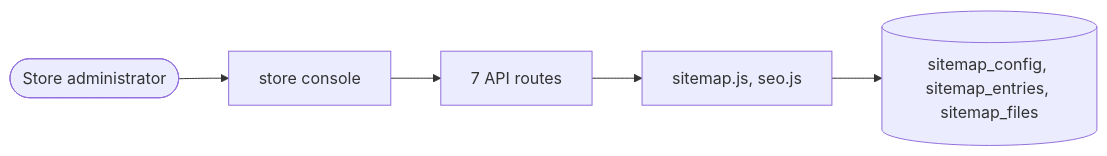
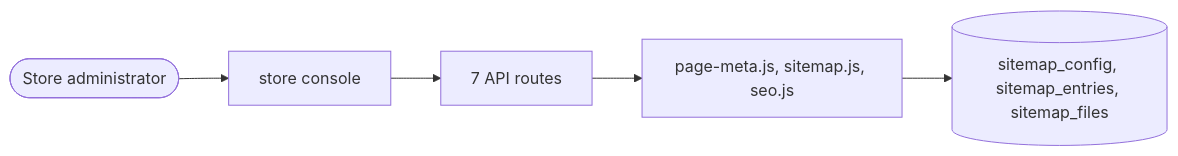
Before and after one commit to echelonxventures-Projects/universal-product: the diagram in docs/domains/seo.md, drawn with Mermaid. The commit also changed other lines of this file and 29 other files, not shown here.

````diff
--- a/docs/domains/seo.md
+++ b/docs/domains/seo.md
@@ -81,8 +82,8 @@
 ```mermaid
 flowchart LR
   U([Store administrator]) --> UI[store console]
   UI --> API[7 API routes]
-  API --> ENG[sitemap.js, seo.js]
+  API --> ENG[page-meta.js, sitemap.js, seo.js]
   ENG --> DB[(sitemap_config, sitemap_entries, sitemap_files)]
 
 ```
````
